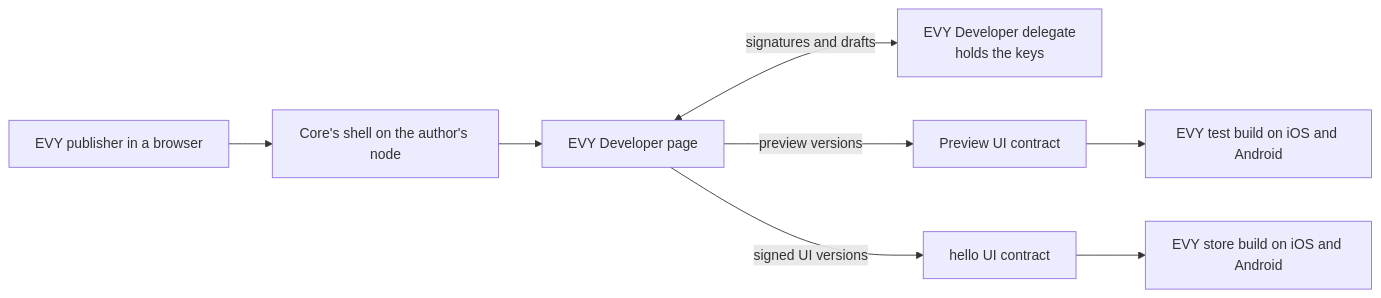
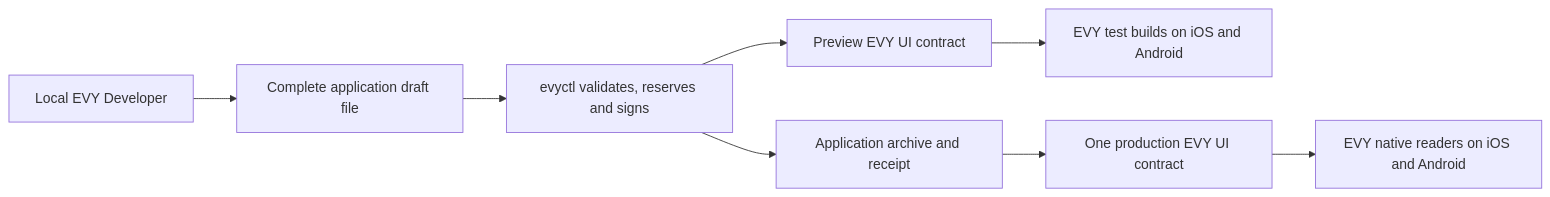
The diagram in 2-evy-on-freenet/05-developer.md (EVY-Platform/evy-freenet-plans), drawn with Mermaid before and after one commit. The commit also changed other lines of this file and 35 other files, not shown here.

````diff
--- a/2-evy-on-freenet/05-developer.md
+++ b/2-evy-on-freenet/05-developer.md
@@ -18,10 +17,10 @@
 ```mermaid
 flowchart LR
-    Author[EVY publisher in a browser] --> Shell[Core's shell on the author's node]
-    Shell --> Dev[EVY Developer page]
-    Dev <-->|signatures and drafts| Del[EVY Developer delegate<br>holds the keys]
-    Dev -->|preview versions| Prev[Preview UI contract]
-    Dev -->|signed UI versions| Live[hello UI contract]
-    Prev --> Test[EVY test build on iOS and Android]
-    Live --> Store[EVY store build on iOS and Android]
+  Editor[Local EVY Developer] --> Draft[Complete application draft file]
+  Draft --> CLI[evyctl validates, reserves and signs]
+  CLI --> Preview[Preview EVY UI contract]
+  Preview --> Test[EVY test builds on iOS and Android]
+  CLI --> Archive[Application archive and receipt]
+  Archive --> Live[One production EVY UI contract]
+  Live --> App[EVY native readers on iOS and Android]
 ```
````
